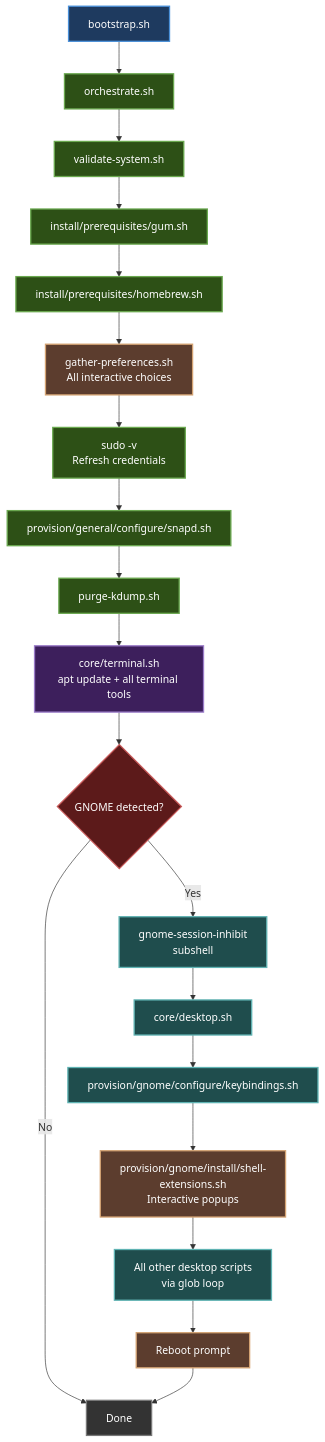
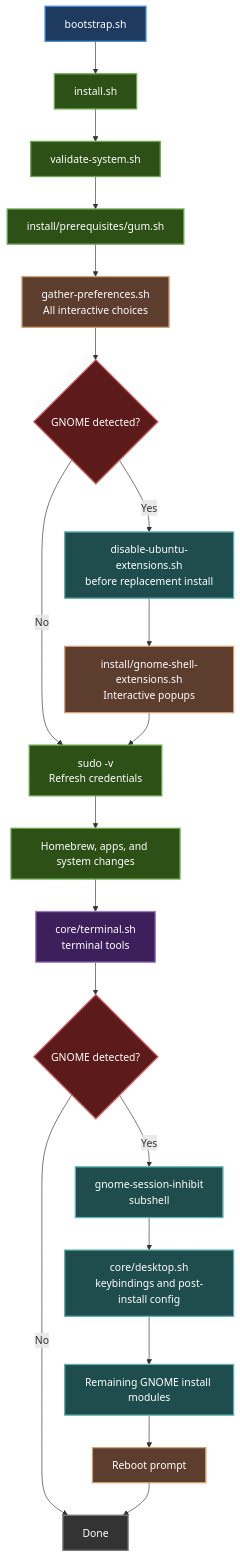
One commit to itsnin/justbuntu changed the first of 2 diagrams in CONTRIBUTING.md. Above: the diagram before and after it, drawn with Mermaid. The commit also changed other lines of this file and 8 other files, not shown here.

Commit message:
Clean up GNOME extensions

````diff
--- a/CONTRIBUTING.md
+++ b/CONTRIBUTING.md
@@ -73,30 +73,30 @@
 ```mermaid
 flowchart TD
     %% Color definitions — readable in both light and dark mode
     classDef entry fill:#1e3a5f,stroke:#4a90d9,stroke-width:2px,color:#ffffff
     classDef core fill:#2d5016,stroke:#6aa84f,stroke-width:2px,color:#ffffff
     classDef interactive fill:#5c3d2e,stroke:#d4a373,stroke-width:2px,color:#ffffff
     classDef terminal fill:#3d1f5c,stroke:#9b7cc9,stroke-width:2px,color:#ffffff
     classDef desktop fill:#1f4d4d,stroke:#5fb3b3,stroke-width:2px,color:#ffffff
     classDef decision fill:#5c1a1a,stroke:#c95a5a,stroke-width:2px,color:#ffffff
     classDef done fill:#333333,stroke:#777777,stroke-width:2px,color:#ffffff
 
-    A[bootstrap.sh]:::entry --> B[orchestrate.sh]:::core
+    A[bootstrap.sh]:::entry --> B[install.sh]:::core
     B --> C[validate-system.sh]:::core
     C --> D[install/prerequisites/gum.sh]:::core
-    D --> E[install/prerequisites/homebrew.sh]:::core
-    E --> F[gather-preferences.sh<br/>All interactive choices]:::interactive
-    F --> G[sudo -v<br/>Refresh credentials]:::core
-    G --> H[provision/general/configure/snapd.sh]:::core
-    H --> I[purge-kdump.sh]:::core
-    I --> J[core/terminal.sh<br/>apt update + all terminal tools]:::terminal
-    J --> K{GNOME detected?}:::decision
-    K -->|No| L[Done]:::done
-    K -->|Yes| M[gnome-session-inhibit<br/>subshell]:::desktop
-    M --> N[core/desktop.sh]:::desktop
-    N --> O[provision/gnome/configure/keybindings.sh]:::desktop
-    O --> P[provision/gnome/install/shell-extensions.sh<br/>Interactive popups]:::interactive
-    P --> Q[All other desktop scripts<br/>via glob loop]:::desktop
-    Q --> R[Reboot prompt]:::interactive
-    R --> L
+    D --> E[gather-preferences.sh<br/>All interactive choices]:::interactive
+    E --> F{GNOME detected?}:::decision
+    F -->|Yes| G[disable-ubuntu-extensions.sh<br/>before replacement install]:::desktop
+    G --> H[install/gnome-shell-extensions.sh<br/>Interactive popups]:::interactive
+    F -->|No| I[sudo -v<br/>Refresh credentials]:::core
+    H --> I
+    I --> J[Homebrew, apps, and system changes]:::core
+    J --> K[core/terminal.sh<br/>terminal tools]:::terminal
+    K --> L{GNOME detected?}:::decision
+    L -->|No| M[Done]:::done
+    L -->|Yes| N[gnome-session-inhibit<br/>subshell]:::desktop
+    N --> O[core/desktop.sh<br/>keybindings and post-install config]:::desktop
+    O --> P[Remaining GNOME install modules]:::desktop
+    P --> Q[Reboot prompt]:::interactive
+    Q --> M
 ```
````
